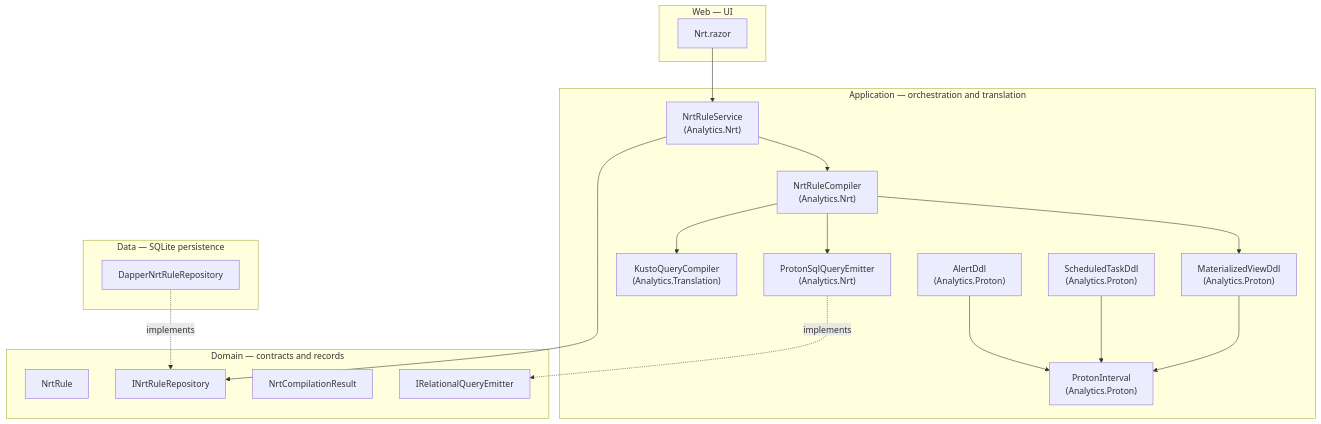
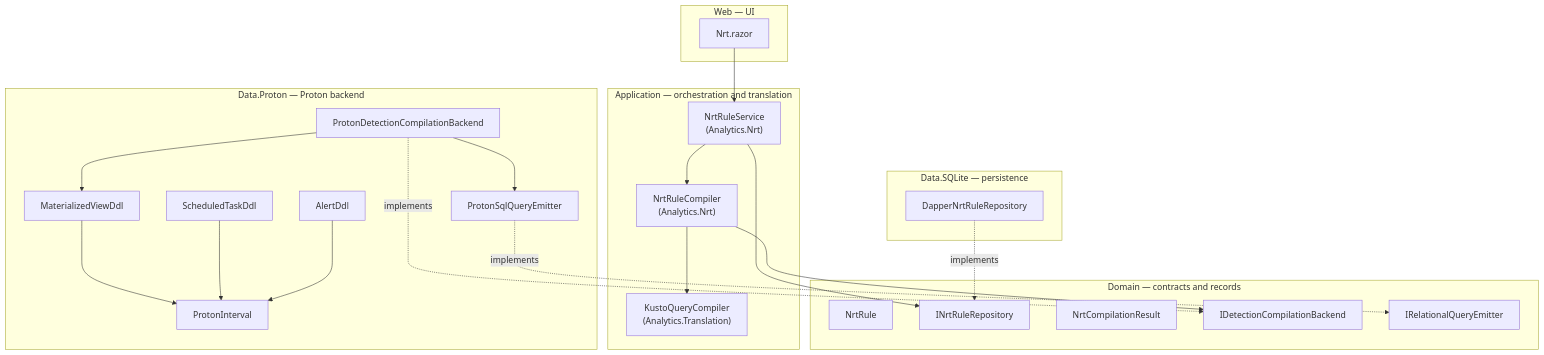
The sixth of 6 diagrams in docs/ARCHITECTURE.md (DeltaZulu-OU/DeltaZulu.Platform), drawn with Mermaid before and after one commit. The commit also changed other lines of this file and 6 other files, not shown here.

Commit message:
Fix documentation consistency: align cross-references, resolve drift, decompose roadmap

````diff
--- a/docs/ARCHITECTURE.md
+++ b/docs/ARCHITECTURE.md
@@ -574,37 +578,43 @@
 ```mermaid
 flowchart TB
     subgraph Domain["Domain — contracts and records"]
         NrtRule["NrtRule"]
         INrtRepo["INrtRuleRepository"]
         NrtResult["NrtCompilationResult"]
+        IBackend["IDetectionCompilationBackend"]
         IEmitter["IRelationalQueryEmitter"]
     end
     subgraph Application["Application — orchestration and translation"]
         Service["NrtRuleService<br/>(Analytics.Nrt)"]
         Compiler["NrtRuleCompiler<br/>(Analytics.Nrt)"]
-        ProtonEmitter["ProtonSqlQueryEmitter<br/>(Analytics.Nrt)"]
         KqlCompiler["KustoQueryCompiler<br/>(Analytics.Translation)"]
-        MvDdl["MaterializedViewDdl<br/>(Analytics.Proton)"]
-        TaskDdl["ScheduledTaskDdl<br/>(Analytics.Proton)"]
-        AlertDdl["AlertDdl<br/>(Analytics.Proton)"]
-        Interval["ProtonInterval<br/>(Analytics.Proton)"]
     end
-    subgraph Data["Data — SQLite persistence"]
+    subgraph DataProton["Data.Proton — Proton backend"]
+        ProtonBackend["ProtonDetectionCompilationBackend"]
+        ProtonEmitter["ProtonSqlQueryEmitter"]
+        MvDdl["MaterializedViewDdl"]
+        TaskDdl["ScheduledTaskDdl"]
+        AlertDdl["AlertDdl"]
+        Interval["ProtonInterval"]
+    end
+    subgraph DataSQLite["Data.SQLite — persistence"]
         DapperRepo["DapperNrtRuleRepository"]
     end
     subgraph Web["Web — UI"]
         Razor["Nrt.razor"]
     end
 
     Razor --> Service
     Service --> Compiler
     Service --> INrtRepo
     Compiler --> KqlCompiler
-    Compiler --> ProtonEmitter
-    Compiler --> MvDdl
+    Compiler --> IBackend
+    ProtonBackend --> ProtonEmitter
+    ProtonBackend --> MvDdl
     MvDdl --> Interval
     TaskDdl --> Interval
     AlertDdl --> Interval
     ProtonEmitter -.->|implements| IEmitter
+    ProtonBackend -.->|implements| IBackend
     DapperRepo -.->|implements| INrtRepo
 ```
````
